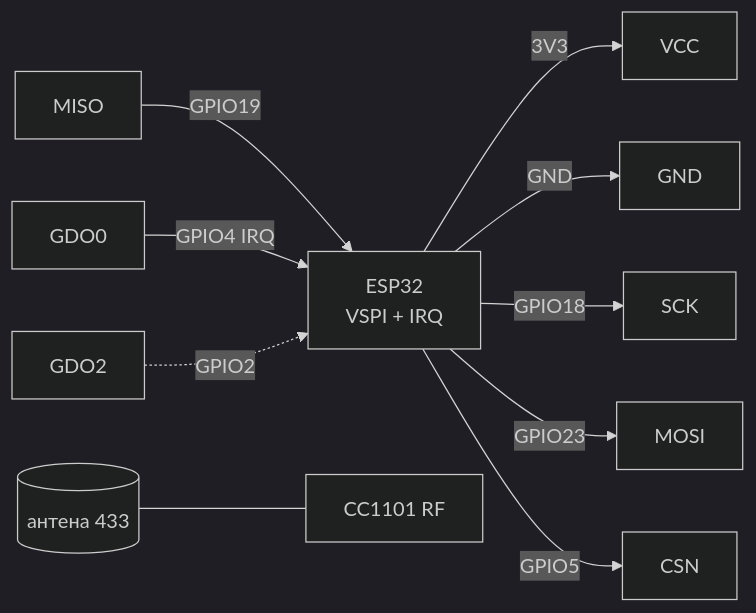
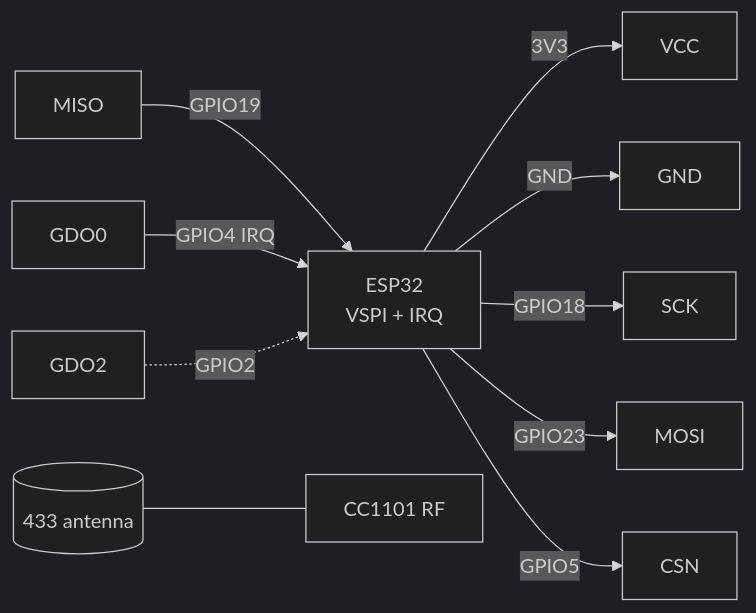
Before and after one commit to ksalab/embedded-reference: the second of 3 diagrams in obsidian_vault/ESP32-Reference/EN/12-Comm-Modules/06-HC05-HM10-CC1101-HC12.en.md, drawn with Mermaid (dark theme). The commit also changed other lines of this file and 76 other files, not shown here.

````diff
--- a/obsidian_vault/ESP32-Reference/EN/12-Comm-Modules/06-HC05-HM10-CC1101-HC12.en.md
+++ b/obsidian_vault/ESP32-Reference/EN/12-Comm-Modules/06-HC05-HM10-CC1101-HC12.en.md
@@ -160,12 +160,12 @@
 ```mermaid
 graph LR
     ESP32[ESP32<br/>VSPI + IRQ] -->|3V3| VCC[VCC]
     ESP32 -->|GND| GNDM[GND]
     ESP32 -->|GPIO18| SCK[SCK]
     ESP32 -->|GPIO23| MOSI[MOSI]
     MISO[MISO] -->|GPIO19| ESP32
     ESP32 -->|GPIO5| CSN[CSN]
     GDO0[GDO0] -->|GPIO4 IRQ| ESP32
     GDO2[GDO2] -.->|GPIO2| ESP32
-    ANT[(антена 433)] --- CC[CC1101 RF]
+    ANT[(433 antenna)] --- CC[CC1101 RF]
 ```
````
